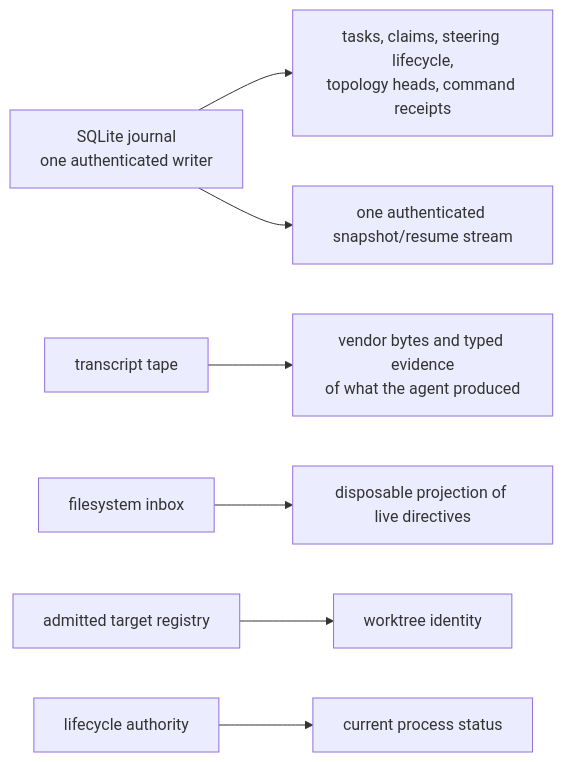
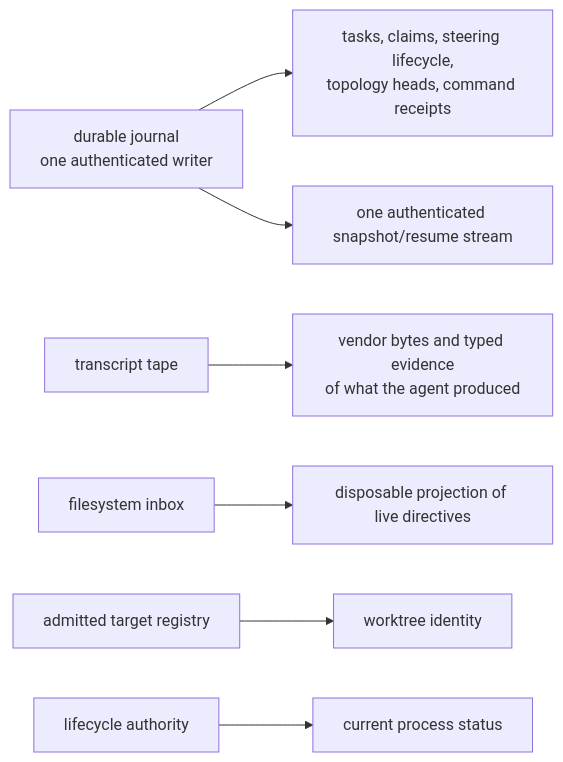
Before and after one commit to infimalabs/spice-rust: the eighth of 9 diagrams in docs/product/model/domain.md, drawn with Mermaid. The commit also changed other lines of this file and 120 other files, not shown here.

````diff
--- a/docs/product/model/domain.md
+++ b/docs/product/model/domain.md
@@ -146,9 +146,9 @@
 ```mermaid
 flowchart LR
-  JR["SQLite journal<br/>one authenticated writer"] --> SemanticFacts["tasks, claims, steering lifecycle,<br/>topology heads, command receipts"]
+  JR["durable journal<br/>one authenticated writer"] --> SemanticFacts["tasks, claims, steering lifecycle,<br/>topology heads, command receipts"]
   TR["transcript tape"] --> ActivityWhatTheAgentProduced["vendor bytes and typed evidence<br/>of what the agent produced"]
   FS["filesystem inbox"] --> PendingSteering["disposable projection of live directives"]
   RG["admitted target registry"] --> WorktreeIdentity["worktree identity"]
   LR["lifecycle authority"] --> ProcessStatus["current process status"]
   JR --> STREAM["one authenticated snapshot/resume stream"]
 ```
````
